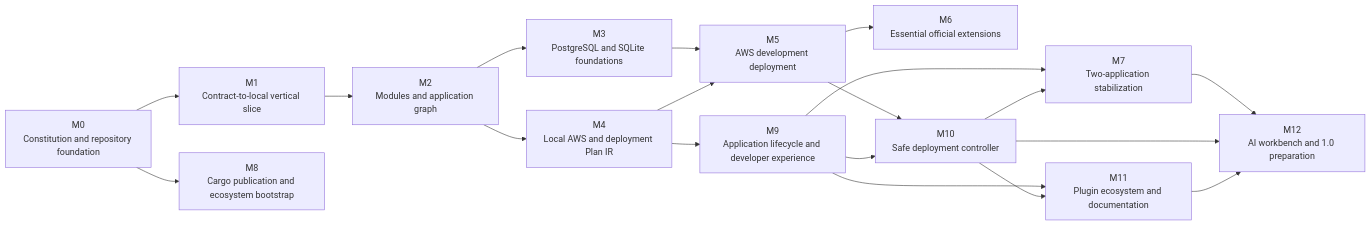
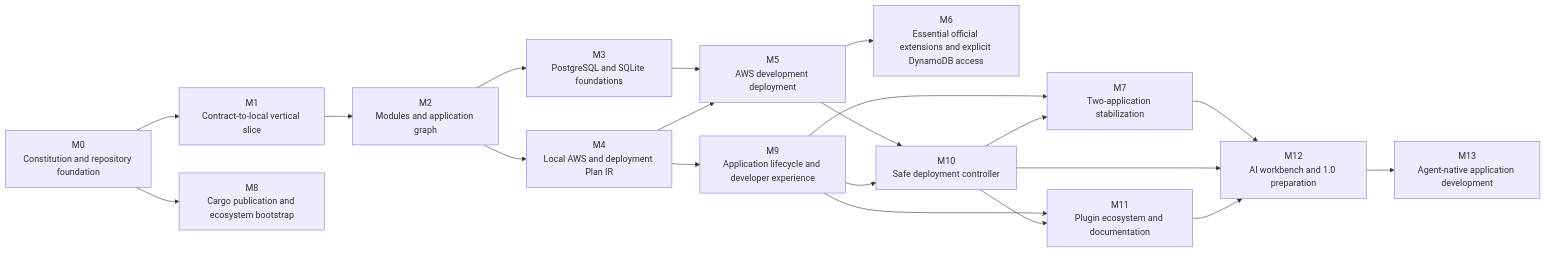
One commit to xicv/minco changed the diagram in roadmap/roadmap.mmd. Above: the diagram before and after it, drawn with Mermaid. The commit also changed 13 other files, not shown here.

Commit message:
docs(agent): define agent-native development contract

```diff
--- a/roadmap/roadmap.mmd
+++ b/roadmap/roadmap.mmd
@@ -1,32 +1,34 @@
 flowchart LR
     NM0["M0<br/>Constitution and repository foundation"]
     NM1["M1<br/>Contract-to-local vertical slice"]
     NM2["M2<br/>Modules and application graph"]
     NM3["M3<br/>PostgreSQL and SQLite foundations"]
     NM4["M4<br/>Local AWS and deployment Plan IR"]
     NM5["M5<br/>AWS development deployment"]
-    NM6["M6<br/>Essential official extensions"]
+    NM6["M6<br/>Essential official extensions and explicit DynamoDB access"]
     NM7["M7<br/>Two-application stabilization"]
     NM8["M8<br/>Cargo publication and ecosystem bootstrap"]
     NM9["M9<br/>Application lifecycle and developer experience"]
     NM10["M10<br/>Safe deployment controller"]
     NM11["M11<br/>Plugin ecosystem and documentation"]
     NM12["M12<br/>AI workbench and 1.0 preparation"]
+    NM13["M13<br/>Agent-native application development"]
     NM0 --> NM1
     NM1 --> NM2
     NM2 --> NM3
     NM2 --> NM4
     NM3 --> NM5
     NM4 --> NM5
     NM5 --> NM6
     NM9 --> NM7
     NM10 --> NM7
     NM0 --> NM8
     NM4 --> NM9
     NM5 --> NM10
     NM9 --> NM10
     NM9 --> NM11
     NM10 --> NM11
     NM7 --> NM12
     NM10 --> NM12
     NM11 --> NM12
+    NM12 --> NM13
```
